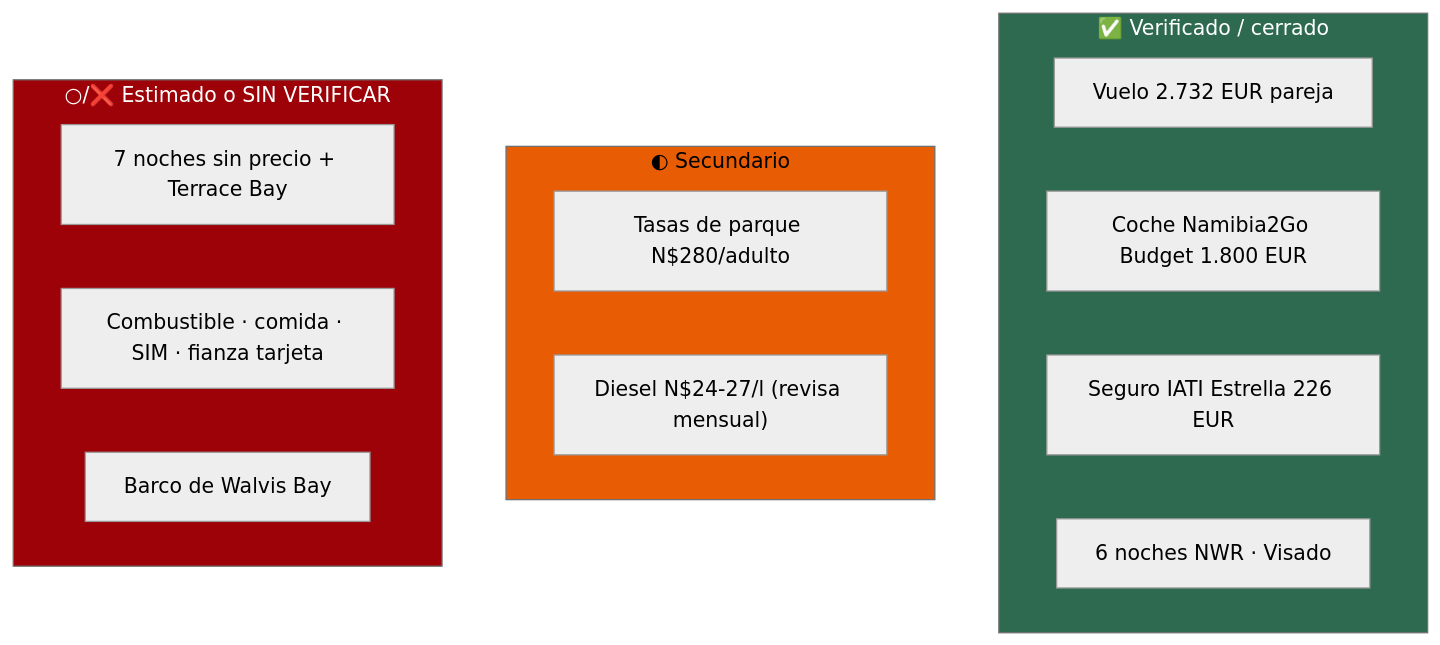
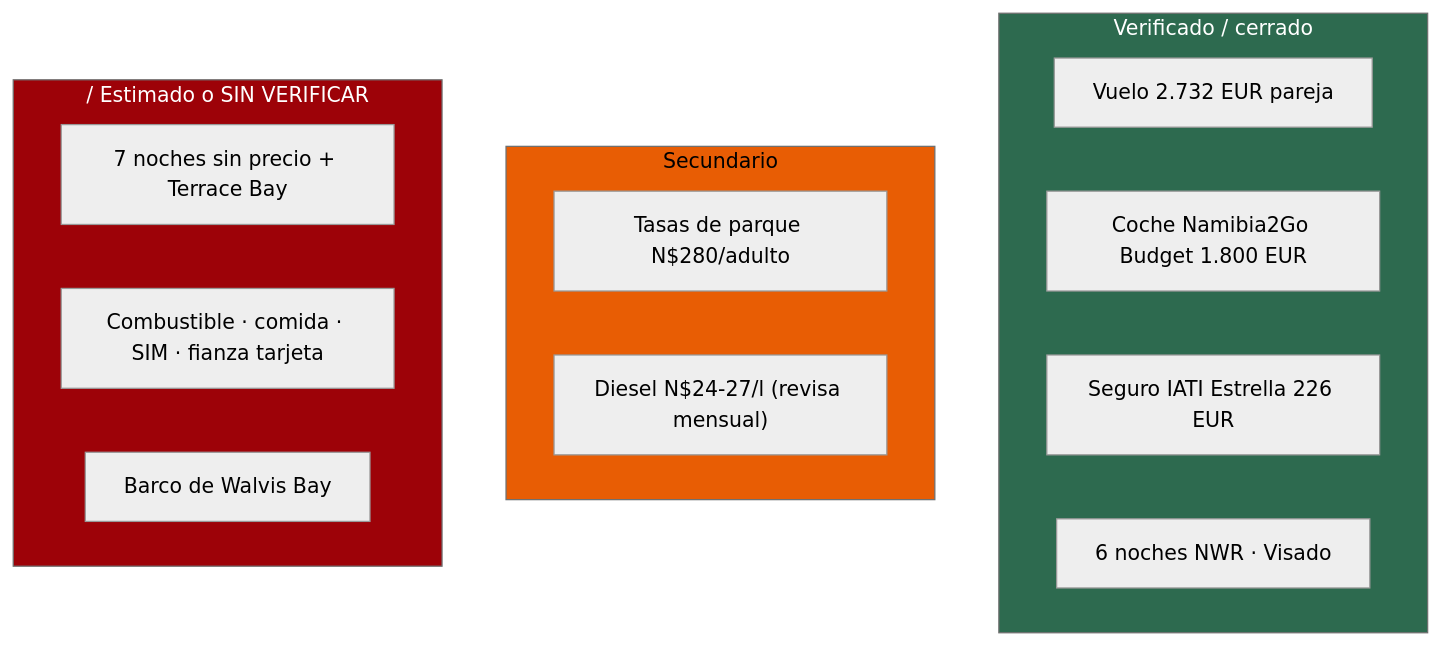
One commit to morandeirachema/namibia changed the fifth of 5 diagrams in 02-presupuesto.md. Above: the diagram before and after it, drawn with Mermaid (neutral theme). The commit also changed other lines of this file and 14 other files, not shown here.

Commit message:
Arreglar el renderizado de los diagramas en GitHub: fuera emojis, negritas y barras ASCII de dentro de los nodos, que descuadraban la medida y recortaban el texto

````diff
--- a/02-presupuesto.md
+++ b/02-presupuesto.md
@@ -346,21 +346,21 @@
 ```mermaid
 flowchart TD
-    subgraph V["✅ Verificado / cerrado"]
+    subgraph V["Verificado / cerrado"]
         A["Vuelo 2.732 EUR pareja"]
         B["Coche Namibia2Go Budget 1.800 EUR"]
         C["Seguro IATI Estrella 226 EUR"]
         D["6 noches NWR · Visado"]
     end
-    subgraph M["◐ Secundario"]
+    subgraph M["Secundario"]
         E["Tasas de parque N$280/adulto"]
         F["Diesel N$24-27/l (revisa mensual)"]
     end
-    subgraph X["○/❌ Estimado o SIN VERIFICAR"]
+    subgraph X["/ Estimado o SIN VERIFICAR"]
         G["7 noches sin precio + Terrace Bay"]
         H["Combustible · comida · SIM · fianza tarjeta"]
         I["Barco de Walvis Bay"]
     end
     style V fill:#2d6a4f,color:#fff
     style M fill:#e85d04,color:#000
     style X fill:#9d0208,color:#fff
 ```
````
